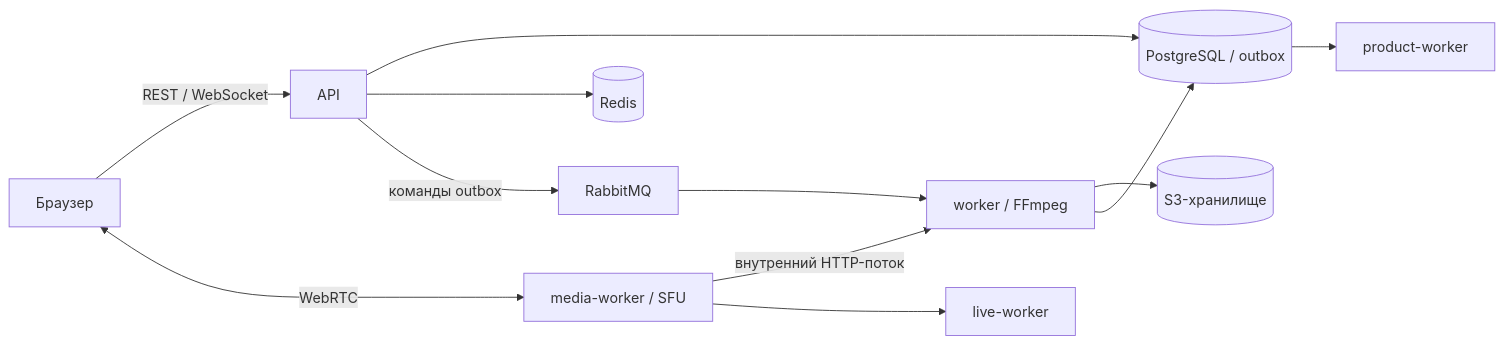
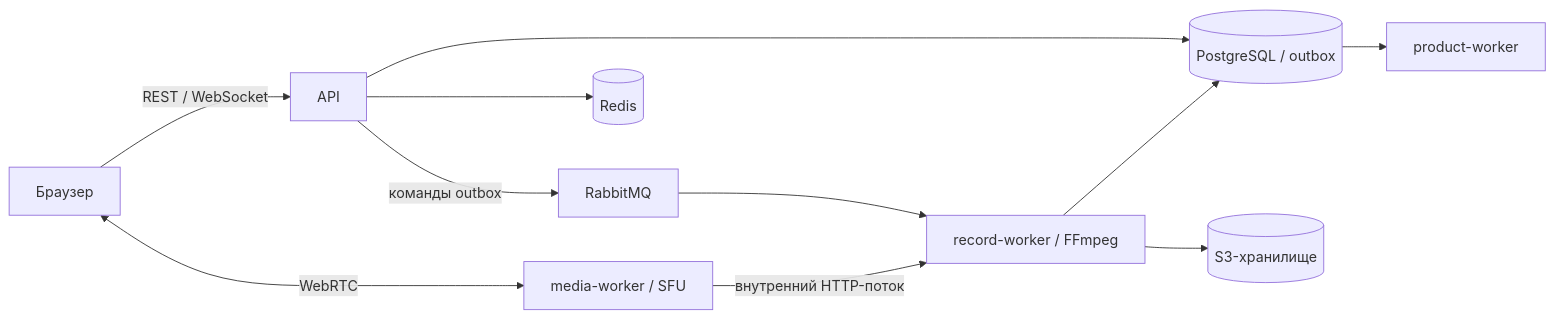
One commit to janickiy/meet-space changed the diagram in README.md. Above: the diagram before and after it, drawn with Mermaid. The commit also changed other lines of this file and 201 other files, not shown here.

Commit message:
Remove speech features and rename recording service to record-worker

````diff
--- a/README.md
+++ b/README.md
@@ -64,14 +65,13 @@
 ```mermaid
 flowchart LR
     Browser[Браузер] -->|REST / WebSocket| API[API]
     Browser <-->|WebRTC| SFU[media-worker / SFU]
     API --> DB[(PostgreSQL / outbox)]
     API --> Redis[(Redis)]
     API -->|команды outbox| MQ[RabbitMQ]
-    MQ --> Recorder[worker / FFmpeg]
+    MQ --> Recorder[record-worker / FFmpeg]
     SFU -->|внутренний HTTP-поток| Recorder
     Recorder --> S3[(S3-хранилище)]
     Recorder --> DB
-    SFU --> Live[live-worker]
     DB --> Product[product-worker]
 ```
````
